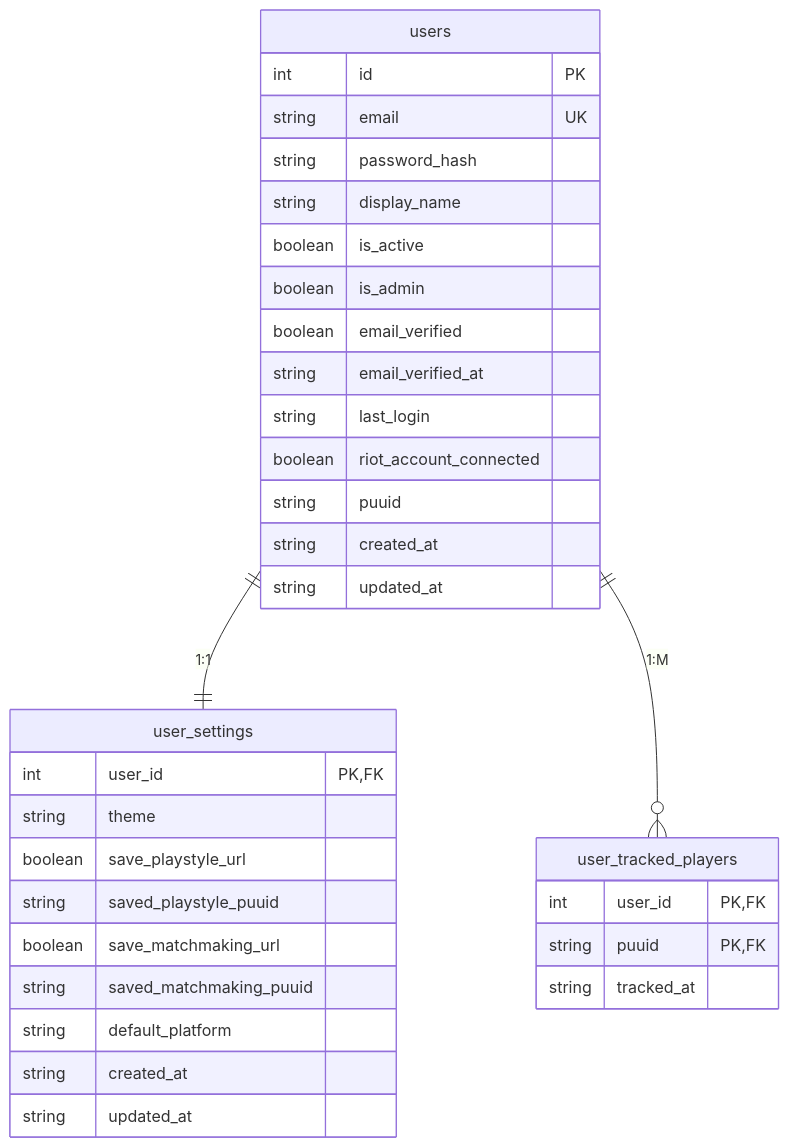
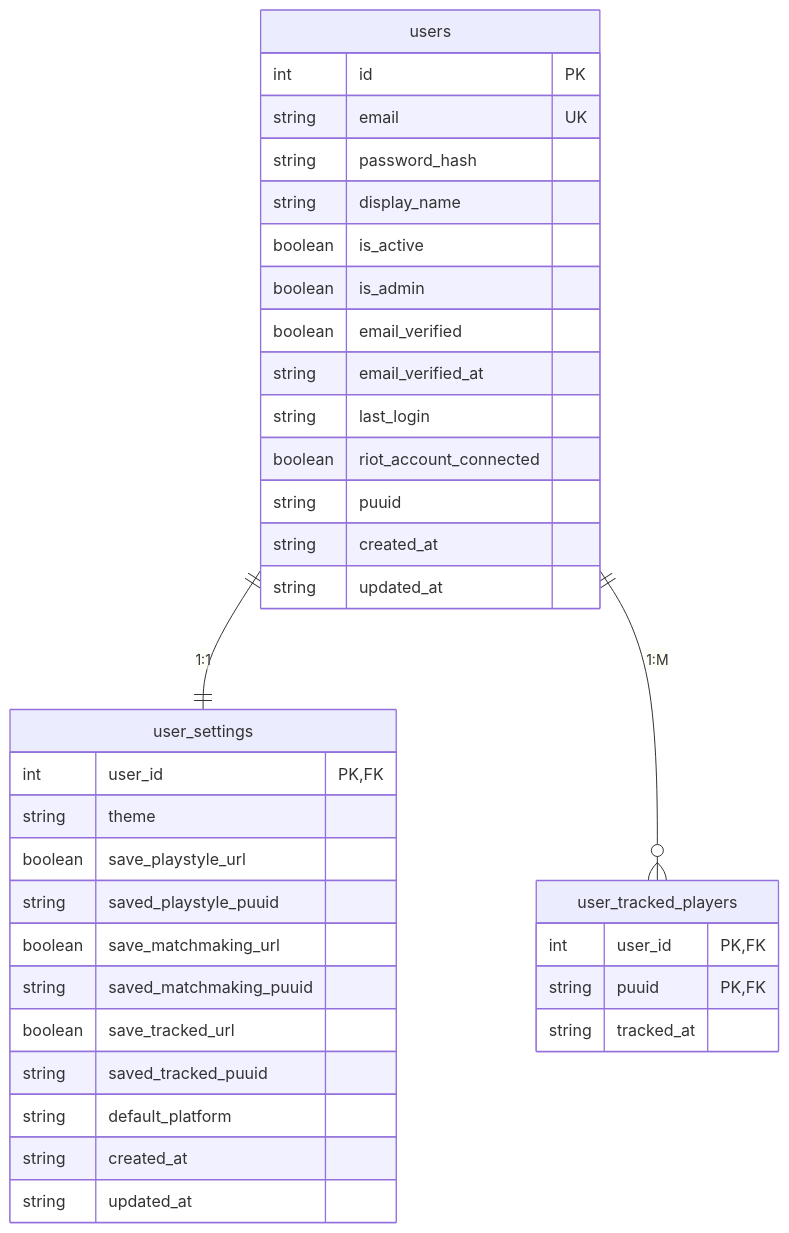
One commit to matejkadlec/league-analysis changed the first of 3 diagrams in docs/database.md. Above: the diagram before and after it, drawn with Mermaid. The commit also changed 17 other files, not shown here.

````diff
--- a/docs/database.md
+++ b/docs/database.md
@@ -15,39 +15,41 @@
 ```mermaid
 erDiagram
     users ||--|| user_settings : "1:1"
     users ||--o{ user_tracked_players : "1:M"
 
     users {
         int id PK
         string email UK
         string password_hash
         string display_name
         boolean is_active
         boolean is_admin
         boolean email_verified
         string email_verified_at
         string last_login
         boolean riot_account_connected
         string puuid
         string created_at
         string updated_at
     }
 
     user_settings {
         int user_id PK, FK
         string theme
         boolean save_playstyle_url
         string saved_playstyle_puuid
         boolean save_matchmaking_url
         string saved_matchmaking_puuid
+        boolean save_tracked_url
+        string saved_tracked_puuid
         string default_platform
         string created_at
         string updated_at
     }
 
     user_tracked_players {
         int user_id PK, FK
         string puuid PK, FK
         string tracked_at
     }
 ```
````
